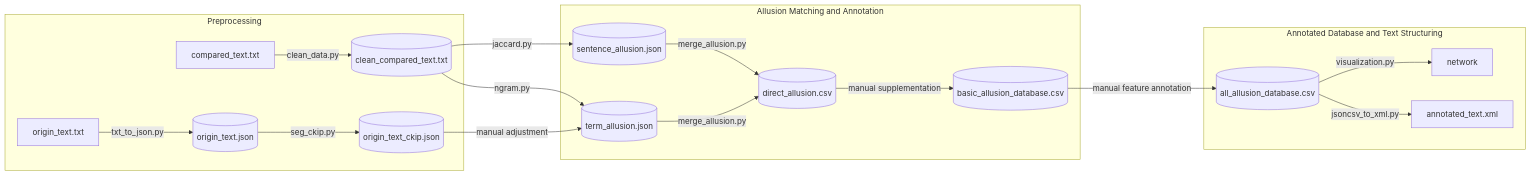
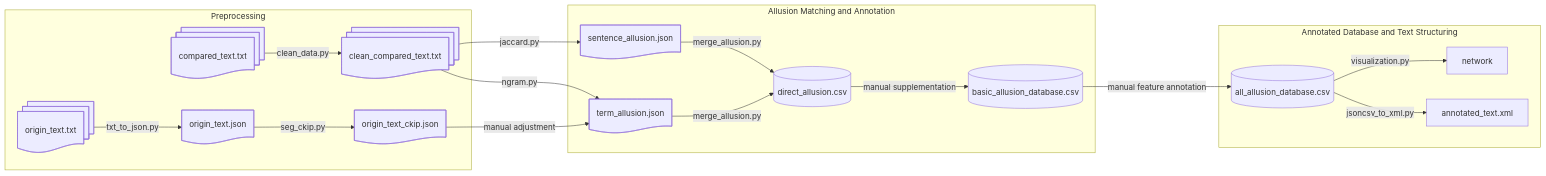
The diagram in README.md (Taoyi-Chiang/lufu_allusion), drawn with Mermaid before and after one commit.

````diff
--- a/README.md
+++ b/README.md
@@ -3,40 +3,49 @@
 ```mermaid
 graph LR
     %% 定義各個節點
     A1["origin_text.txt"]
     A2["compared_text.txt"]
-    A3[(clean_compared_text.txt)]
-    B1[(origin_text.json)]
-    B2[(origin_text_ckip.json)]
-    C1[(sentence_allusion.json)]
-    C2[(term_allusion.json)]
+    A3["clean_compared_text.txt"]
+    B1["origin_text.json"]
+    B2["origin_text_ckip.json"]
+    C1["sentence_allusion.json"]
+    C2["term_allusion.json"]
     D1[(direct_allusion.csv)]
     E1[(basic_allusion_database.csv)]
     E2[(all_allusion_database.csv)]
     F1[network]
     F2[annotated_text.xml]
 
     %% 前處理階段
     subgraph Preprocessing
         A1-->|txt_to_json.py|B1
         B1-->|seg_ckip.py|B2
         A2-->|clean_data.py|A3
     end
 
     %% 比對階段
     subgraph Allusion Matching and Annotation
         B2-->|manual adjustment|C2
         A3-->|jaccard.py|C1
         A3-->|ngram.py|C2
         C1-->|merge_allusion.py|D1
         C2-->|merge_allusion.py|D1
         D1-->|manual supplementation|E1
     end
 
     %% 標記與結構化階段
     subgraph Annotated Database and Text Structuring
         E1-->|manual feature annotation|E2
         E2-->|visualization.py|F1
         E2-->|jsoncsv_to_xml.py|F2
     end
+
+    %% 定義形狀
+    A1@{ shape: docs}
+    A2@{ shape: docs}
+    A3@{ shape: docs}
+    B1@{ shape: doc}
+    B2@{ shape: doc}
+    C1@{ shape: doc}
+    C2@{ shape: doc}
 ```
````
